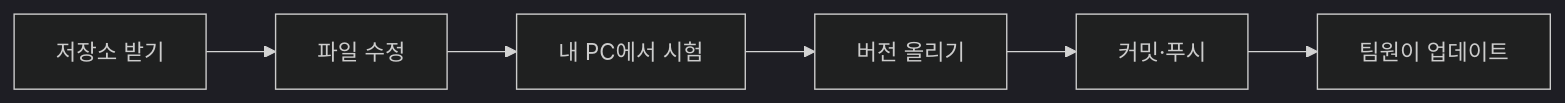
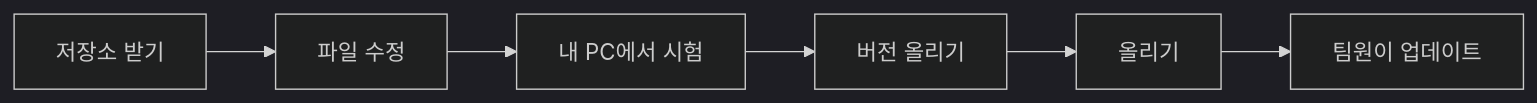
The diagram in MAINTAINING.md (ignite-plan/cpo-spec-assist), drawn with Mermaid (dark theme) before and after one commit. The commit also changed other lines of this file, not shown here.

````diff
--- a/MAINTAINING.md
+++ b/MAINTAINING.md
@@ -16,8 +22,8 @@
 ```mermaid
 flowchart LR
     A[저장소 받기] --> B[파일 수정]
     B --> C[내 PC에서 시험]
     C --> D[버전 올리기]
-    D --> E[커밋·푸시]
+    D --> E[올리기]
     E --> F[팀원이 업데이트]
 ```
````
